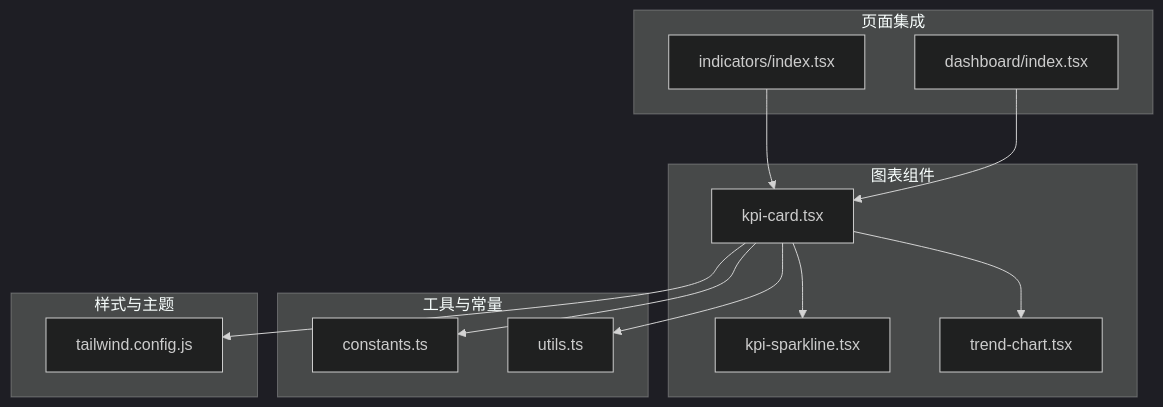
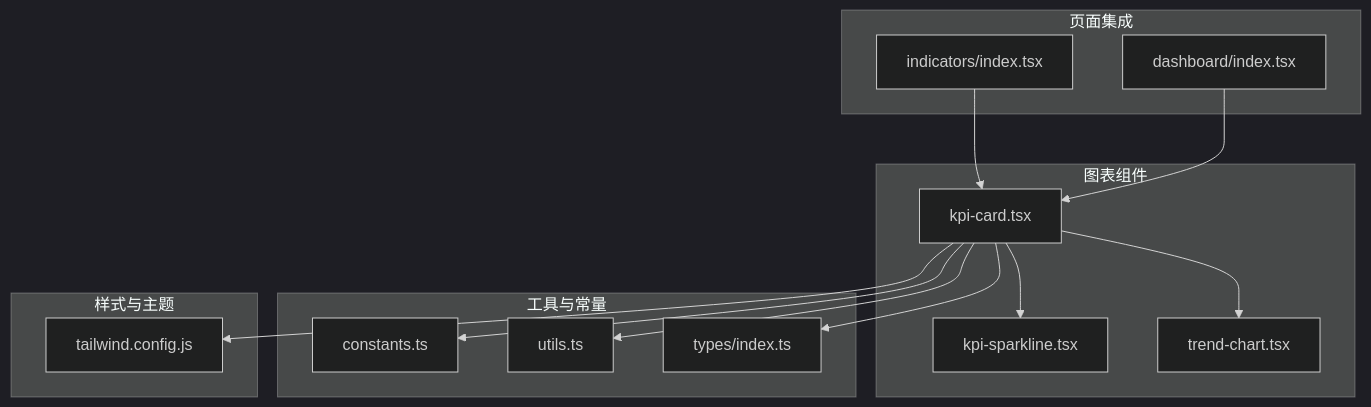
The first of 5 diagrams in .qoder/repowiki/zh/content/图表可视化/KPI指标卡片组件.md (Damao997/newproject), drawn with Mermaid (dark theme) before and after one commit. The commit also changed other lines of this file and 62 other files, not shown here.

````diff
--- a/.qoder/repowiki/zh/content/图表可视化/KPI指标卡片组件.md
+++ b/.qoder/repowiki/zh/content/图表可视化/KPI指标卡片组件.md
@@ -52,26 +56,28 @@
 ```mermaid
 graph TB
 subgraph "图表组件"
 A["kpi-card.tsx"]
 B["kpi-sparkline.tsx"]
 C["trend-chart.tsx"]
 end
 subgraph "页面集成"
 D["dashboard/index.tsx"]
 E["indicators/index.tsx"]
 end
 subgraph "工具与常量"
 F["constants.ts"]
 G["utils.ts"]
+H["types/index.ts"]
 end
 subgraph "样式与主题"
-H["tailwind.config.js"]
+I["tailwind.config.js"]
 end
 D --> A
 E --> A
 A --> B
 A --> C
 A --> F
 A --> G
 A --> H
+A --> I
 ```
````
